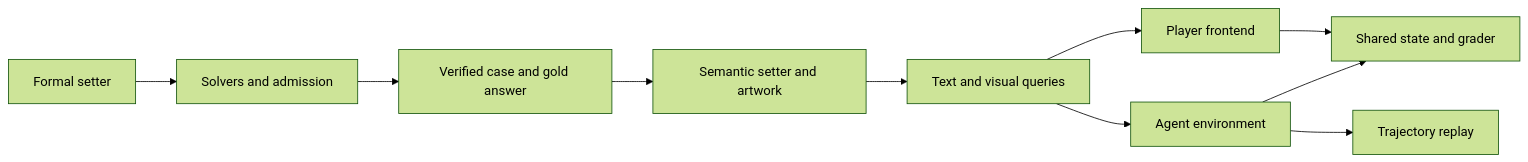
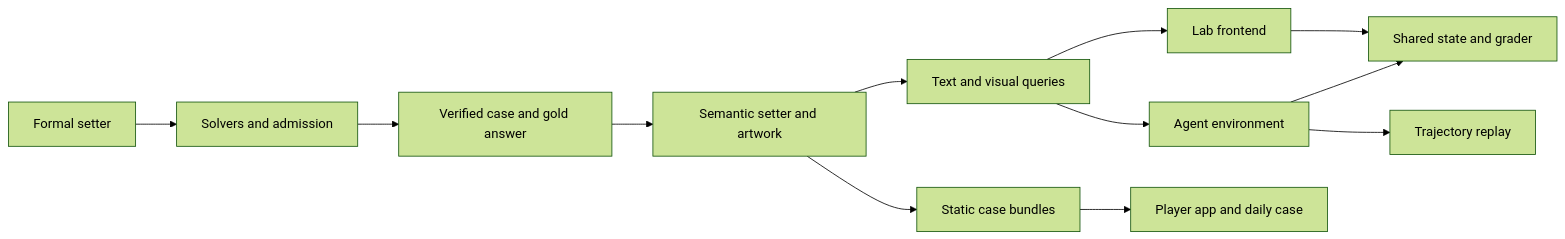
The diagram in docs/reference/architecture.md (EverywhereSafety/murdoku-lab), drawn with Mermaid (forest theme) before and after one commit. The commit also changed other lines of this file and 211 other files, not shown here.

````diff
--- a/docs/reference/architecture.md
+++ b/docs/reference/architecture.md
@@ -6,12 +6,14 @@
 ```mermaid
 flowchart LR
     G[Formal setter] --> S[Solvers and admission]
     S --> C[Verified case and gold answer]
     C --> T[Semantic setter and artwork]
     T --> Q[Text and visual queries]
     Q --> E[Agent environment]
-    Q --> P[Player frontend]
+    Q --> P[Lab frontend]
     E --> R[Shared state and grader]
     P --> R
     E --> V[Trajectory replay]
+    T --> B[Static case bundles]
+    B --> J[Player app and daily case]
 ```
````
